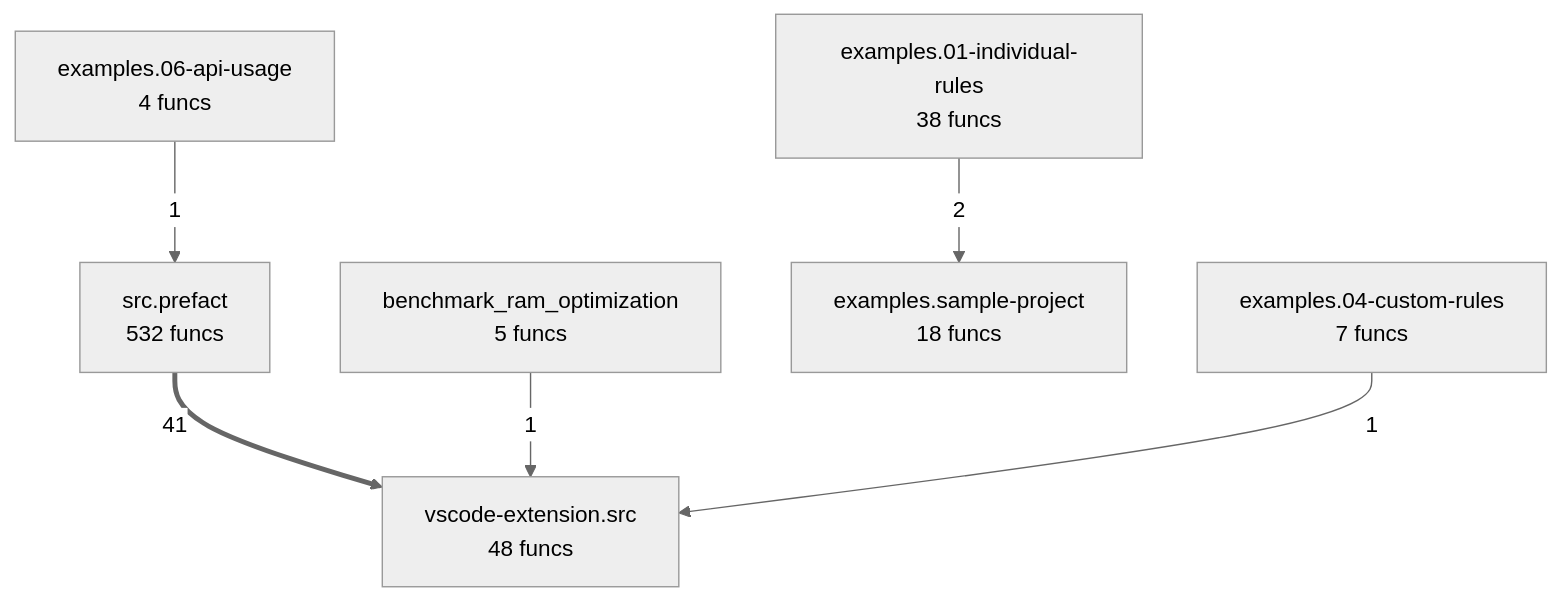
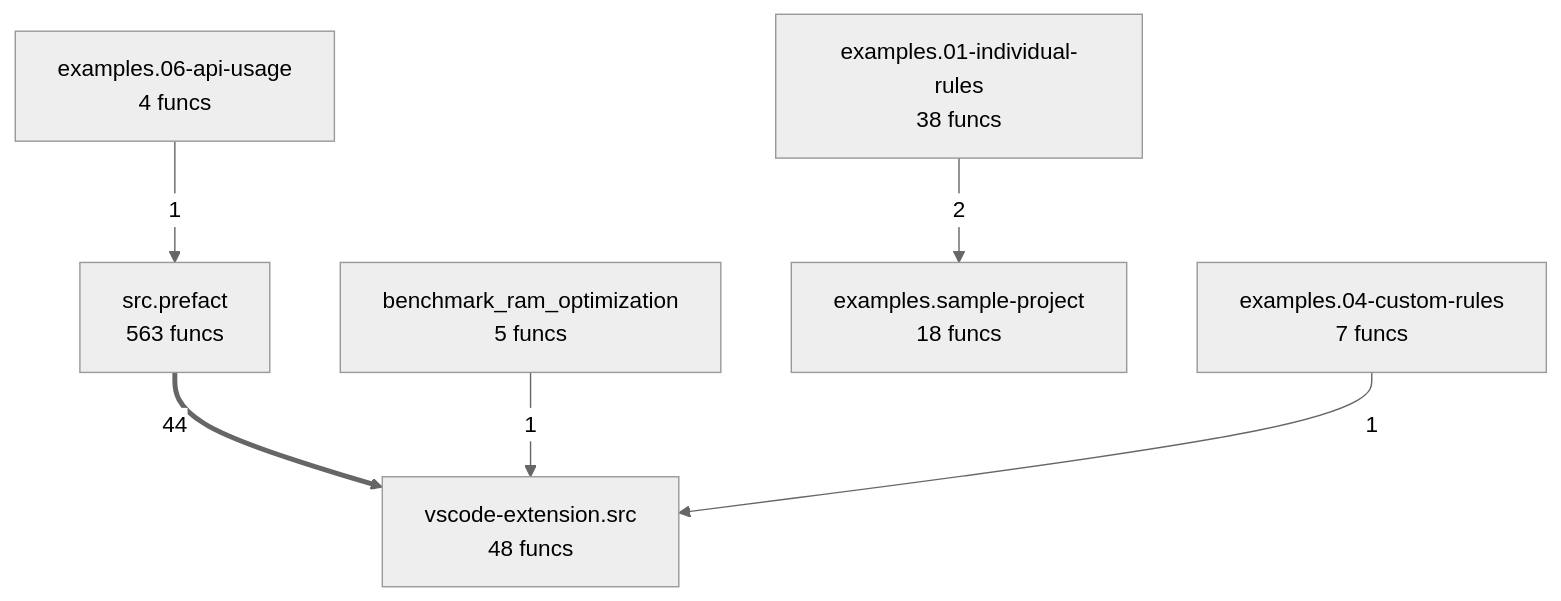
One commit to semcod/refactoring changed the diagram in project/compact_flow.mmd. Above: the diagram before and after it, drawn with Mermaid (neutral theme). The commit also changed 30 other files, not shown here.

```diff
--- a/project/compact_flow.mmd
+++ b/project/compact_flow.mmd
@@ -1,13 +1,13 @@
 flowchart TD
     benchmark_ram_optimization["benchmark_ram_optimization<br/>5 funcs"]
     examples__01_individual_rules["examples.01-individual-rules<br/>38 funcs"]
     examples__04_custom_rules["examples.04-custom-rules<br/>7 funcs"]
     examples__06_api_usage["examples.06-api-usage<br/>4 funcs"]
     examples__sample_project["examples.sample-project<br/>18 funcs"]
-    src__prefact["src.prefact<br/>532 funcs"]
+    src__prefact["src.prefact<br/>563 funcs"]
     vscode_extension__src["vscode-extension.src<br/>48 funcs"]
-    src__prefact ==>|41| vscode_extension__src
+    src__prefact ==>|44| vscode_extension__src
     examples__01_individual_rules -->|2| examples__sample_project
     benchmark_ram_optimization -->|1| vscode_extension__src
     examples__06_api_usage -->|1| src__prefact
     examples__04_custom_rules -->|1| vscode_extension__src
```
